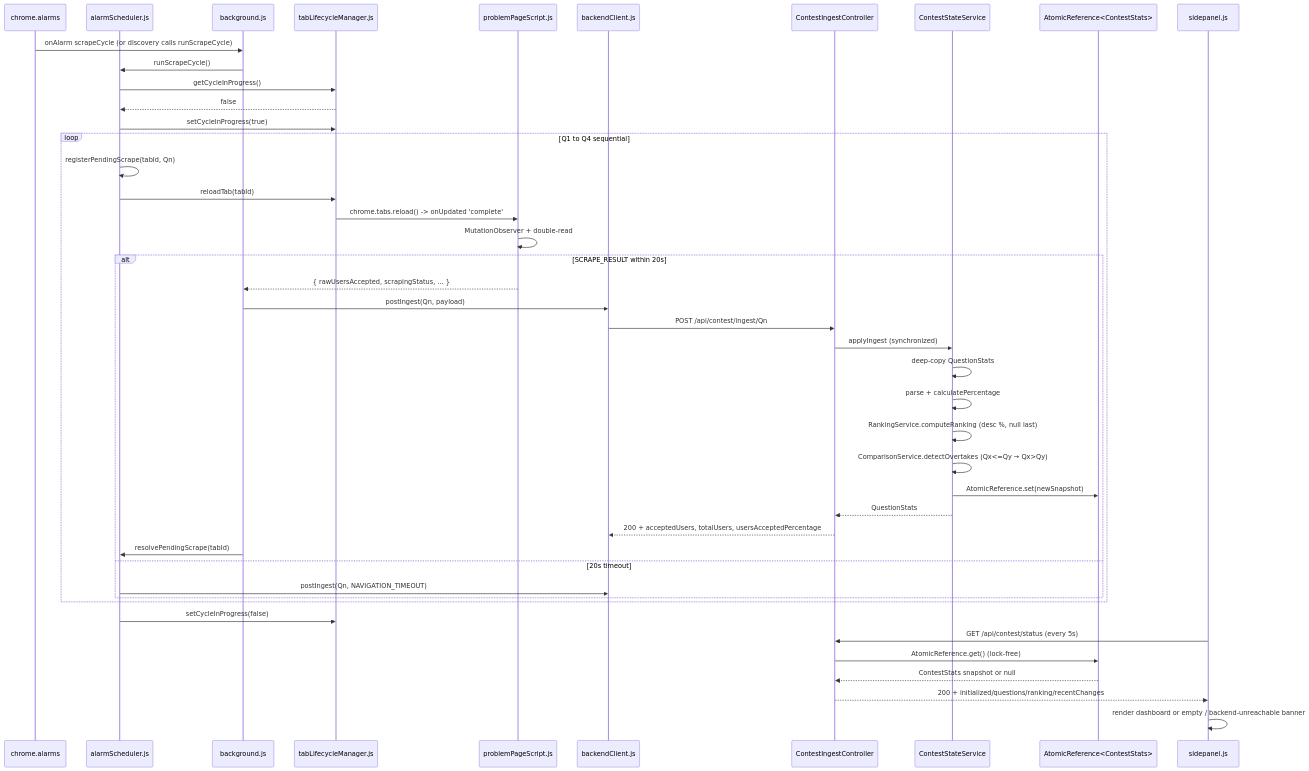
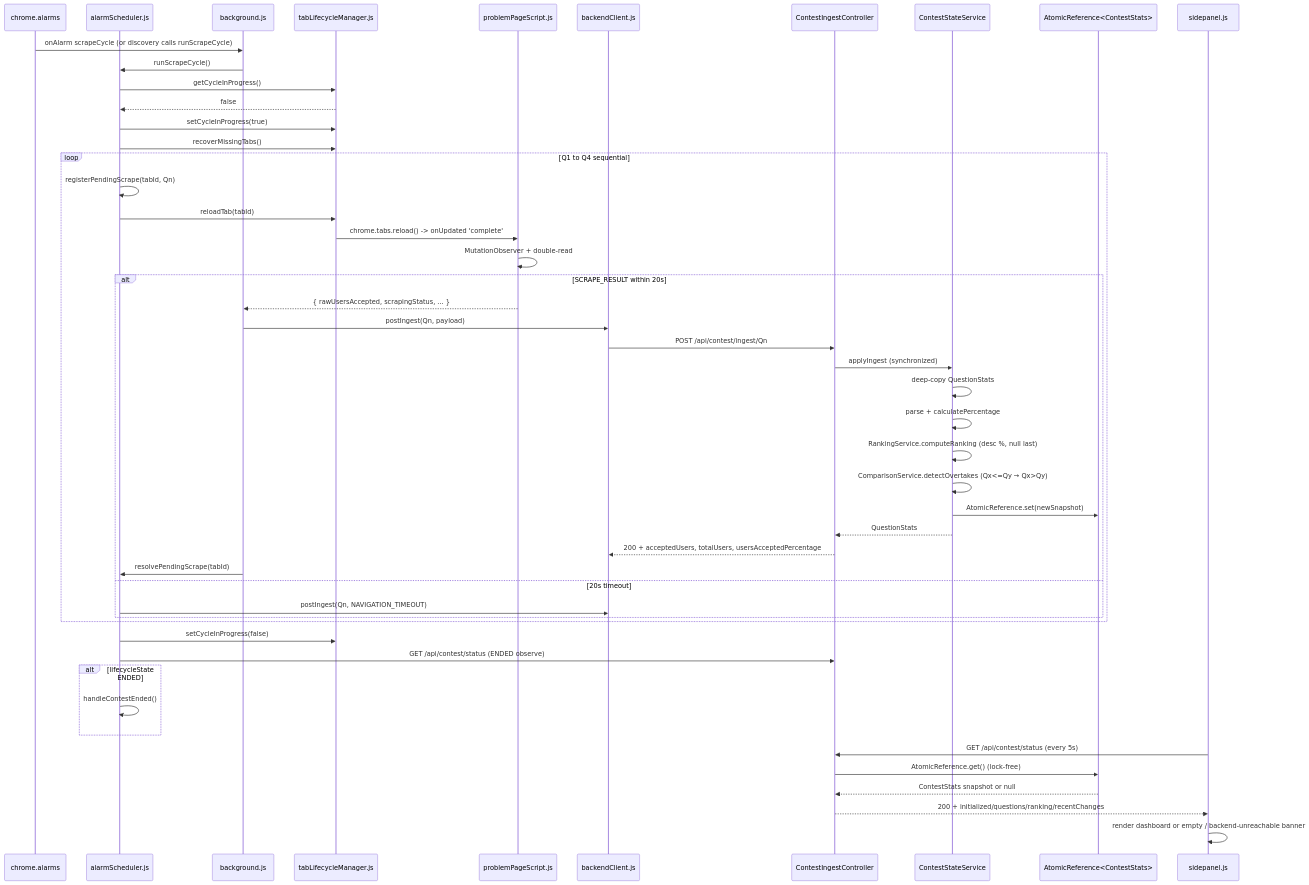
The diagram in FLOW.md (TLEtoAC/LC-Extension), drawn with Mermaid before and after one commit. The commit also changed other lines of this file and 18 other files, not shown here.

````diff
--- a/FLOW.md
+++ b/FLOW.md
@@ -48,47 +49,52 @@
 ```mermaid
 sequenceDiagram
     participant Alarm as chrome.alarms
     participant AS as alarmScheduler.js
     participant BG as background.js
     participant TLM as tabLifecycleManager.js
     participant CS as problemPageScript.js
     participant BC as backendClient.js
     participant API as ContestIngestController
     participant SVC as ContestStateService
     participant REF as AtomicReference<ContestStats>
     participant SP as sidepanel.js
 
     Alarm->>BG: onAlarm scrapeCycle (or discovery calls runScrapeCycle)
     BG->>AS: runScrapeCycle()
     AS->>TLM: getCycleInProgress()
     TLM-->>AS: false
     AS->>TLM: setCycleInProgress(true)
+    AS->>TLM: recoverMissingTabs()
     loop Q1 to Q4 sequential
         AS->>AS: registerPendingScrape(tabId, Qn)
         AS->>TLM: reloadTab(tabId)
         TLM->>CS: chrome.tabs.reload() -> onUpdated 'complete'
         CS->>CS: MutationObserver + double-read
         alt SCRAPE_RESULT within 20s
             CS-->>BG: { rawUsersAccepted, scrapingStatus, ... }
             BG->>BC: postIngest(Qn, payload)
             BC->>API: POST /api/contest/ingest/Qn
             API->>SVC: applyIngest (synchronized)
             SVC->>SVC: deep-copy QuestionStats
             SVC->>SVC: parse + calculatePercentage
             SVC->>SVC: RankingService.computeRanking (desc %, null last)
             SVC->>SVC: ComparisonService.detectOvertakes (Qx<=Qy → Qx>Qy)
             SVC->>REF: AtomicReference.set(newSnapshot)
             SVC-->>API: QuestionStats
             API-->>BC: 200 + acceptedUsers, totalUsers, usersAcceptedPercentage
             BG->>AS: resolvePendingScrape(tabId)
         else 20s timeout
             AS->>BC: postIngest(Qn, NAVIGATION_TIMEOUT)
         end
     end
     AS->>TLM: setCycleInProgress(false)
+    AS->>API: GET /api/contest/status (ENDED observe)
+    alt lifecycleState ENDED
+        AS->>AS: handleContestEnded()
+    end
     SP->>API: GET /api/contest/status (every 5s)
     API->>REF: AtomicReference.get() (lock-free)
     REF-->>API: ContestStats snapshot or null
     API-->>SP: 200 + initialized/questions/ranking/recentChanges
     SP->>SP: render dashboard or empty / backend-unreachable banner
 ```
````
